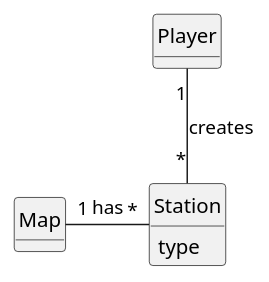
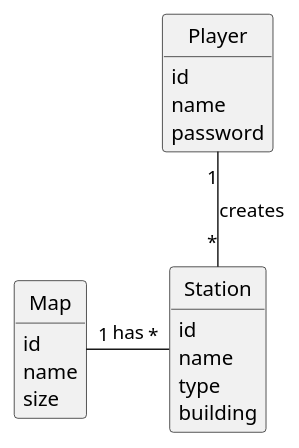
One commit to ivasduarte/all-aboard changed the diagram in docs/sprint1/us005/02.analysis/puml/us005-domain-model.puml. Above: the diagram before and after it, drawn with PlantUML.

Commit message:
US005(docss): Updated Domain Model

```diff
--- a/docs/sprint1/us005/02.analysis/puml/us005-domain-model.puml
+++ b/docs/sprint1/us005/02.analysis/puml/us005-domain-model.puml
@@ -1,32 +1,40 @@
 @startuml
 skinparam monochrome true
 skinparam packageStyle rectangle
 skinparam shadowing false
 
 'left to right direction
 
 skinparam classAttributeIconSize 0
 
 hide circle
 hide methods
 
 'title Domain Model
 
 class Map {
-
+    id
+    name
+    size
 }
 
 class Station {
+    id
+    name
     type
+    building
 }
 
 class Player {
+    id
+    name
+    password
 }
 
 
 Map "1" - "*" Station : has
 Player "1" -- "*" Station : creates
 
 
 
 @enduml
```
